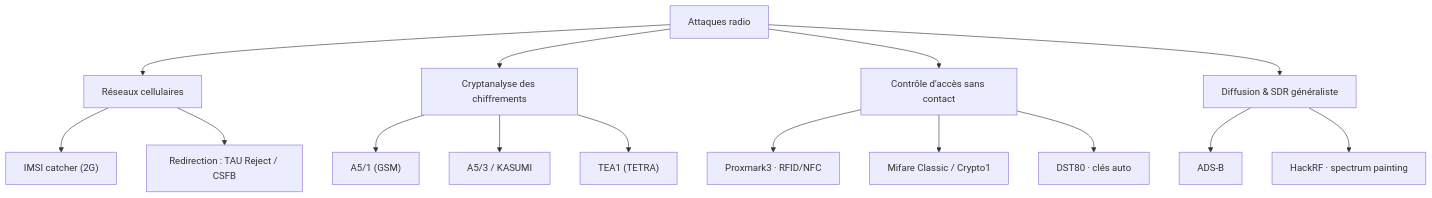
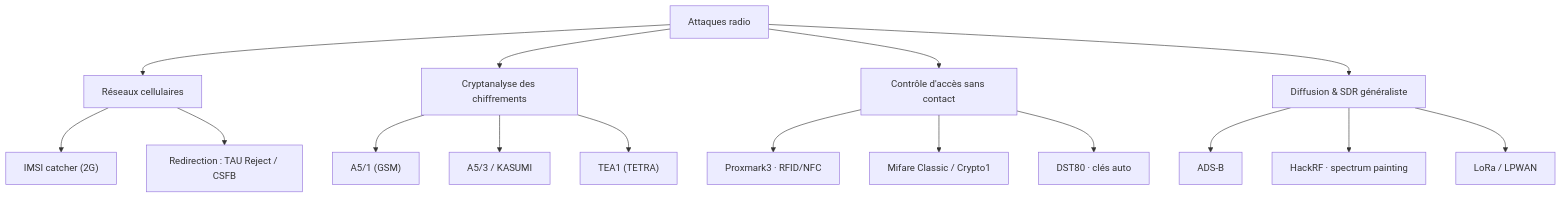
The diagram in projects/0-abstract_radio.md (bbaranoff/bbaranoff.github.io), drawn with Mermaid before and after one commit. The commit also changed other lines of this file, not shown here.

````diff
--- a/projects/0-abstract_radio.md
+++ b/projects/0-abstract_radio.md
@@ -17,17 +17,18 @@
 ```mermaid
 flowchart TD
     R["Attaques radio"] --> C["Réseaux cellulaires"]
     R --> K["Cryptanalyse des chiffrements"]
     R --> A["Contrôle d'accès sans contact"]
     R --> S["Diffusion & SDR généraliste"]
     C --> C1["IMSI catcher (2G)"]
     C --> C2["Redirection : TAU Reject / CSFB"]
     K --> K1["A5/1 (GSM)"]
     K --> K2["A5/3 / KASUMI"]
     K --> K3["TEA1 (TETRA)"]
     A --> A1["Proxmark3 · RFID/NFC"]
     A --> A2["Mifare Classic / Crypto1"]
     A --> A3["DST80 · clés auto"]
     S --> S1["ADS-B"]
     S --> S2["HackRF · spectrum painting"]
+    S --> S3["LoRa / LPWAN"]
 ```
````
